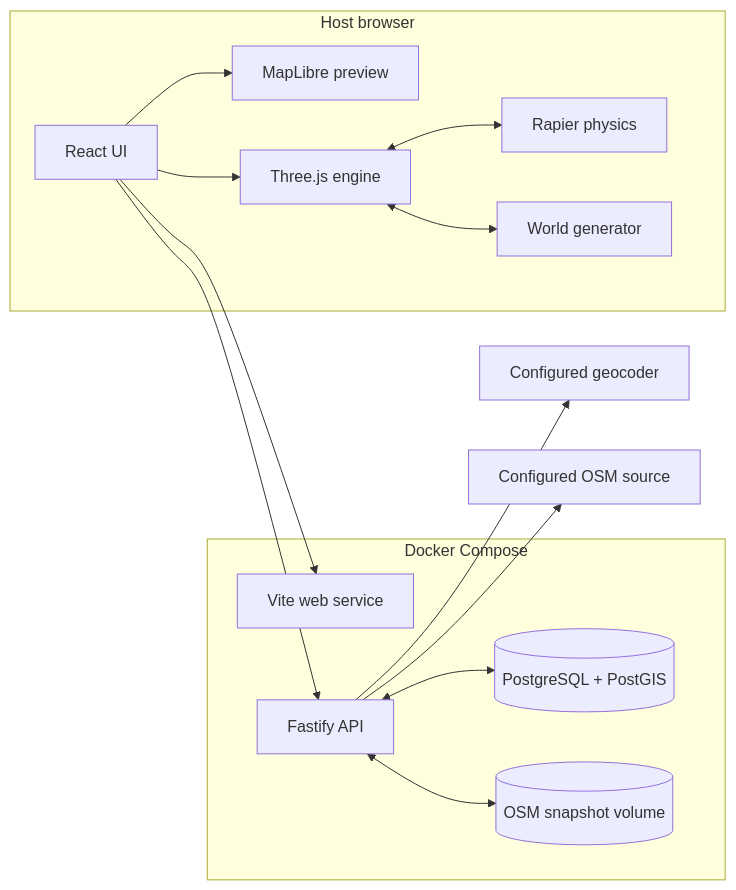
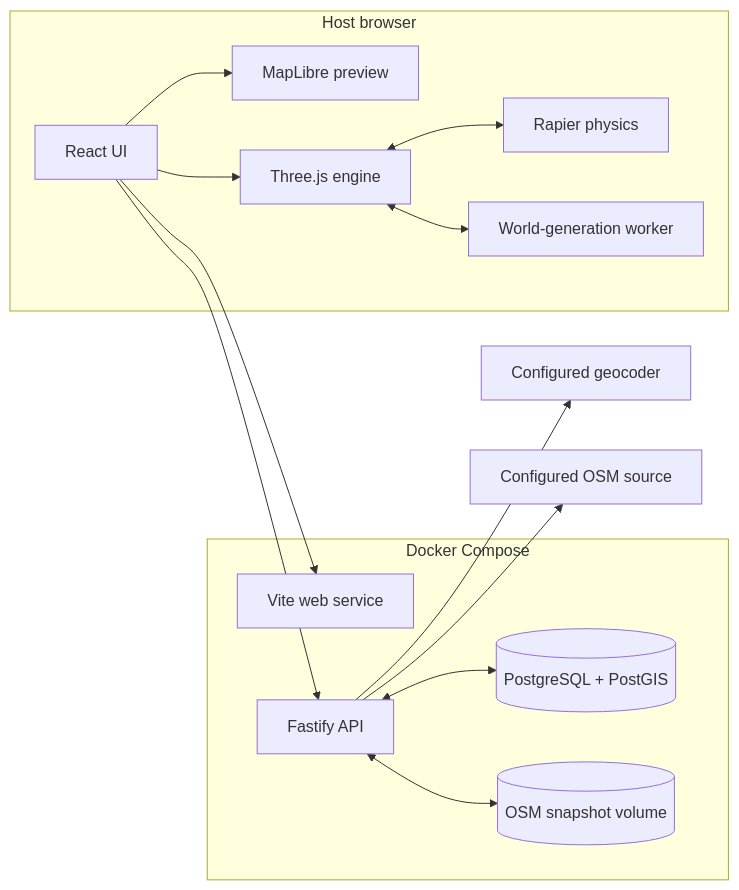
One commit to nkimber/OpenStreetMapTo3D changed the diagram in documents/technical-architecture.md. Above: the diagram before and after it, drawn with Mermaid. The commit also changed other lines of this file and 28 other files, not shown here.

````diff
--- a/documents/technical-architecture.md
+++ b/documents/technical-architecture.md
@@ -15,28 +16,28 @@
 ```mermaid
 flowchart LR
     subgraph Host browser
         UI[React UI]
         Map[MapLibre preview]
         Engine[Three.js engine]
         Physics[Rapier physics]
-        Generator[World generator]
+        Worker[World-generation worker]
         UI --> Map
         UI --> Engine
         Engine <--> Physics
-    Engine <--> Generator
+        Engine <--> Worker
     end
 
     subgraph Docker Compose
         Web[Vite web service]
         API[Fastify API]
         DB[(PostgreSQL + PostGIS)]
         Cache[(OSM snapshot volume)]
         API <--> DB
         API <--> Cache
     end
 
     UI --> Web
     UI --> API
     API --> Geocoder[Configured geocoder]
     API --> OSM[Configured OSM source]
 ```
````
